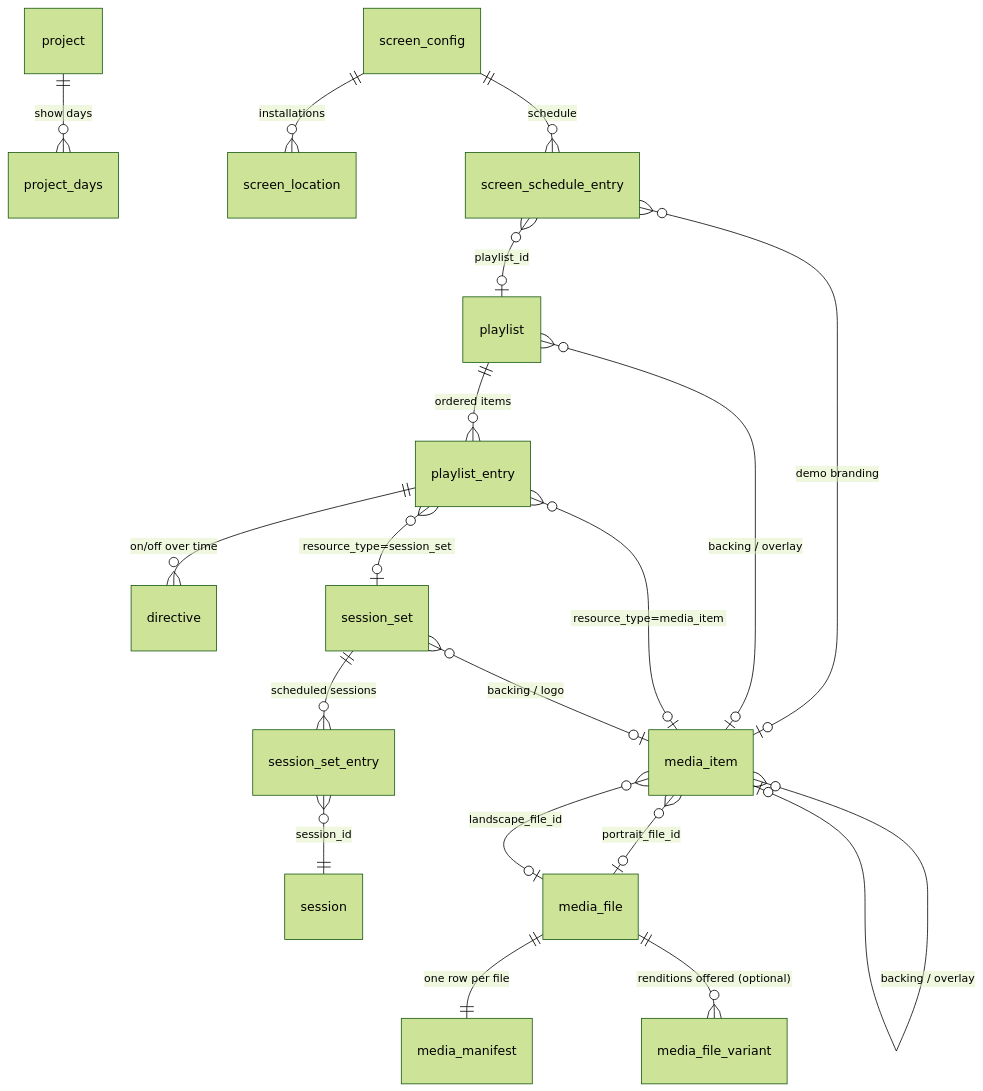
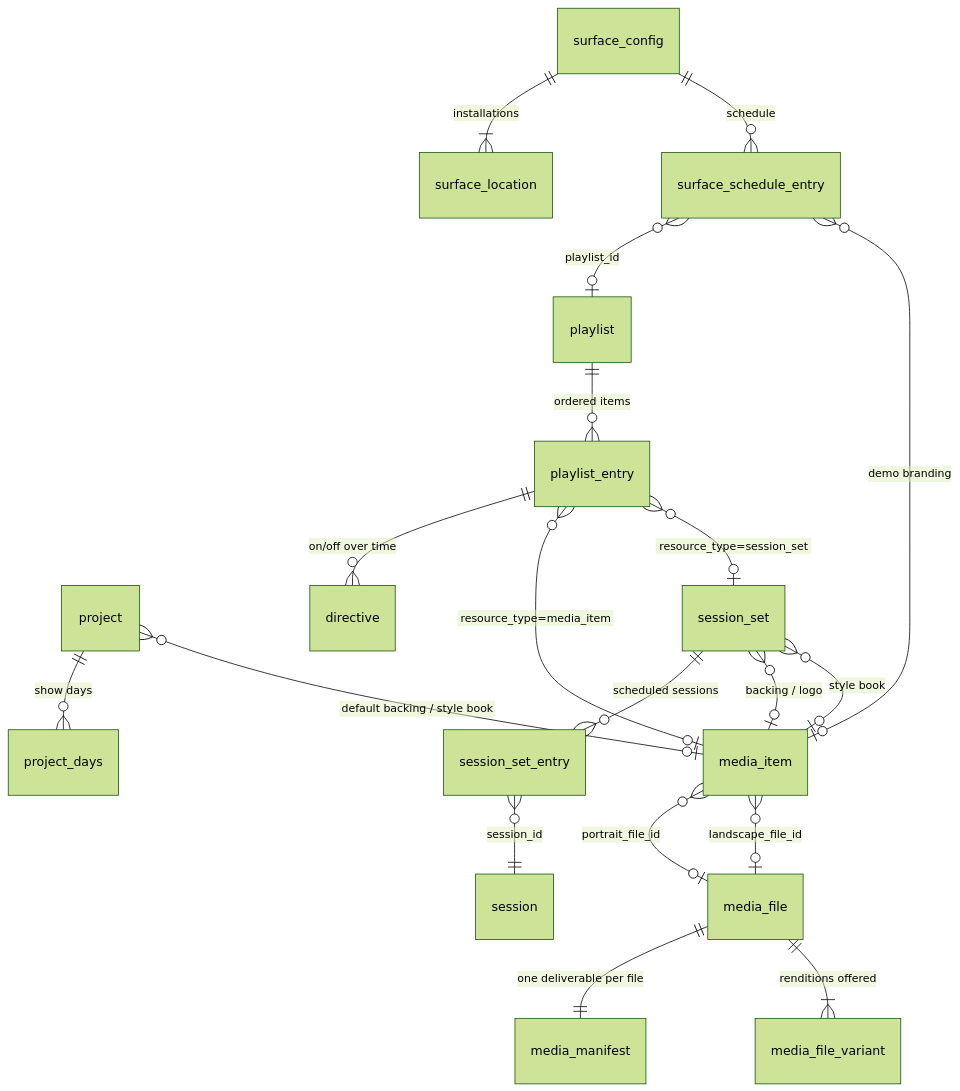
The first of 3 diagrams in README.md (Mountain-View-Staging/marquee-cartridge-spec), drawn with Mermaid (forest theme) before and after one commit. The commit also changed other lines of this file and 1 other file, not shown here.

````diff
--- a/README.md
+++ b/README.md
@@ -182,21 +139,21 @@
 ```mermaid
 erDiagram
     project ||--o{ project_days : "show days"
-    screen_config ||--o{ screen_location : "installations"
-    screen_config ||--o{ screen_schedule_entry : "schedule"
-    screen_schedule_entry }o--o| playlist : "playlist_id"
-    screen_schedule_entry }o--o| media_item : "demo branding"
+    surface_config ||--|{ surface_location : "installations"
+    surface_config ||--o{ surface_schedule_entry : "schedule"
+    surface_schedule_entry }o--o| playlist : "playlist_id"
+    surface_schedule_entry }o--o| media_item : "demo branding"
     playlist ||--o{ playlist_entry : "ordered items"
-    playlist }o--o| media_item : "backing / overlay"
     playlist_entry ||--o{ directive : "on/off over time"
     playlist_entry }o--o| media_item : "resource_type=media_item"
     playlist_entry }o--o| session_set : "resource_type=session_set"
     session_set ||--o{ session_set_entry : "scheduled sessions"
     session_set_entry }o--|| session : "session_id"
     session_set }o--o| media_item : "backing / logo"
     media_item }o--o| media_file : "portrait_file_id"
     media_item }o--o| media_file : "landscape_file_id"
-    media_item }o--o| media_item : "backing / overlay"
-    media_file ||--|| media_manifest : "one row per file"
-    media_file ||--o{ media_file_variant : "renditions offered (optional)"
+    project }o--o| media_item : "default backing / style book"
+    session_set }o--o| media_item : "style book"
+    media_file ||--|| media_manifest : "one deliverable per file"
+    media_file ||--|{ media_file_variant : "renditions offered"
 ```
````
